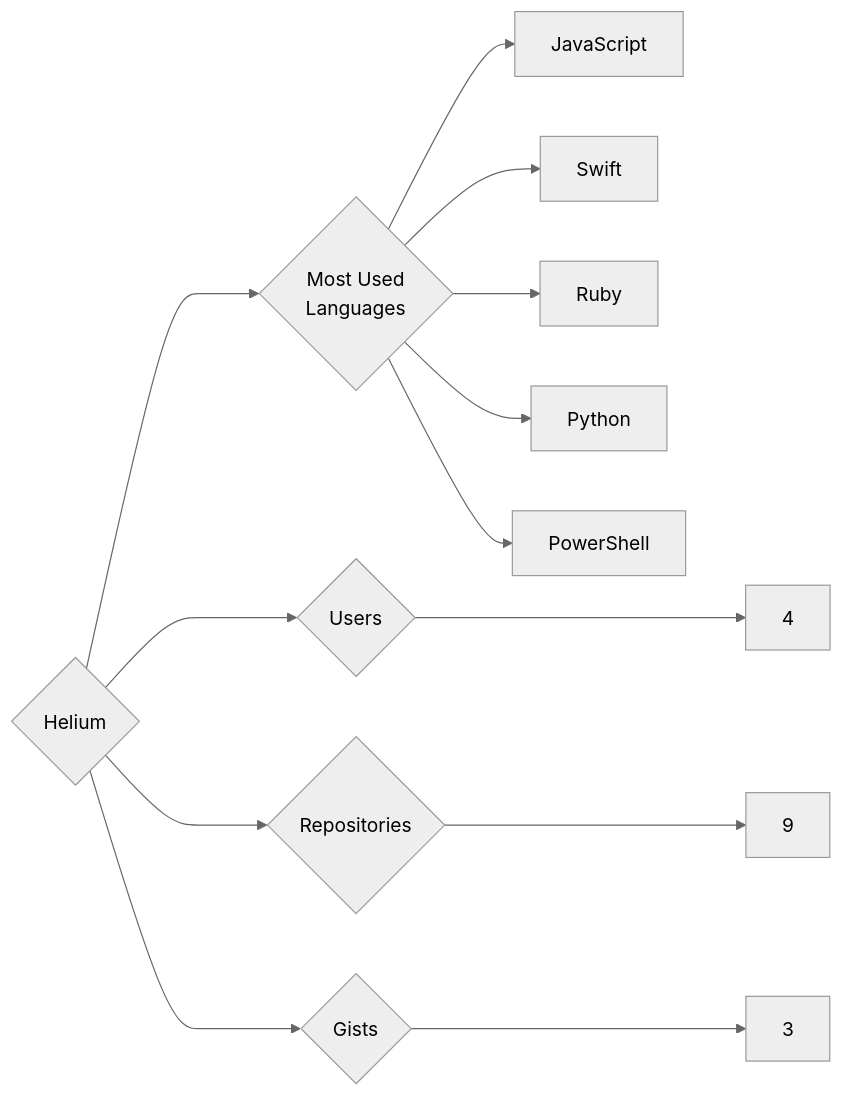
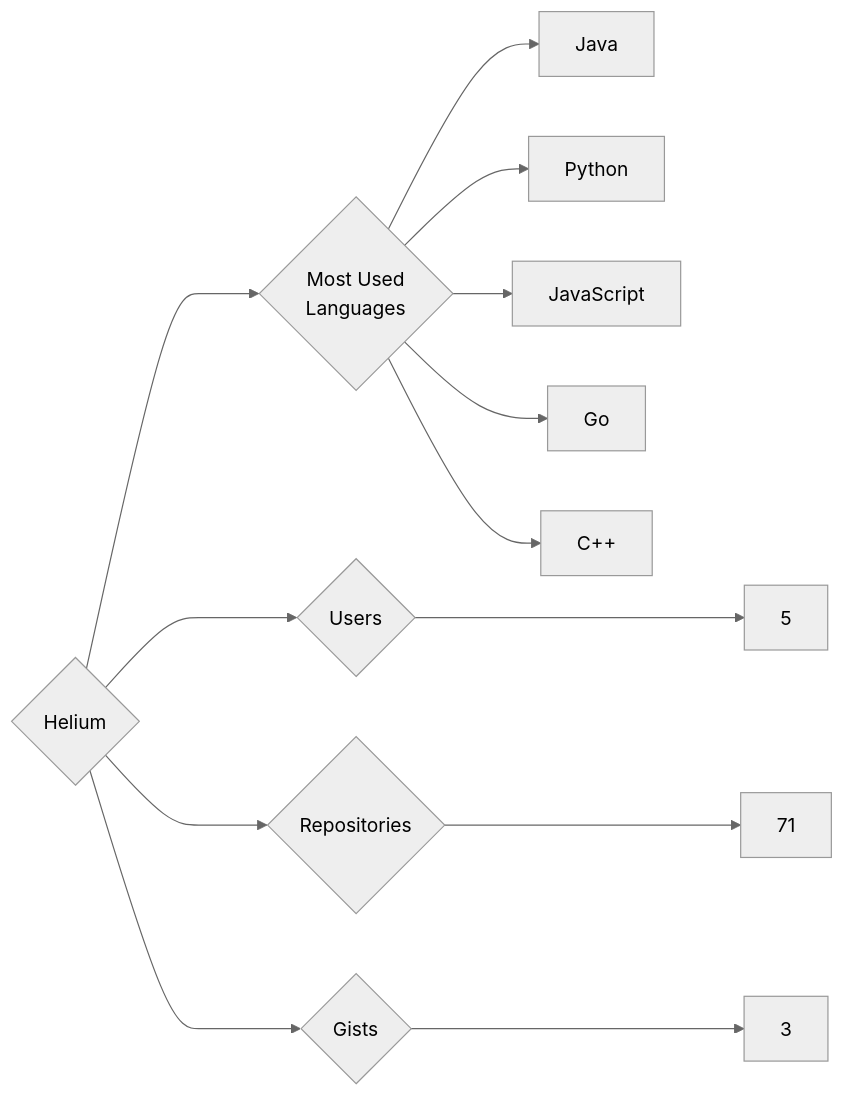
One commit to trickest/insiders changed the diagram in targets/Helium/README.md. Above: the diagram before and after it, drawn with Mermaid (neutral theme). The commit also changed 840 other files, not shown here.

````diff
--- a/targets/Helium/README.md
+++ b/targets/Helium/README.md
@@ -3,13 +3,13 @@
 ```mermaid
 graph LR
 COMPANY_NAME{Helium}
-COMPANY_NAME ---> U{Users} ---> UN[4]
-COMPANY_NAME ---> R{Repositories} ---> RN[9]
+COMPANY_NAME ---> U{Users} ---> UN[5]
+COMPANY_NAME ---> R{Repositories} ---> RN[71]
 COMPANY_NAME ---> G{Gists} ---> GN[3]
 COMPANY_NAME ---> ML{Most Used<br>Languages}
+ML --> Java[Java]
+ML --> Python[Python]
 ML --> JavaScript[JavaScript]
-ML --> Swift[Swift]
-ML --> Ruby[Ruby]
-ML --> Python[Python]
-ML --> PowerShell[PowerShell]
+ML --> Go[Go]
+ML --> C++[C++]
 ```
````
